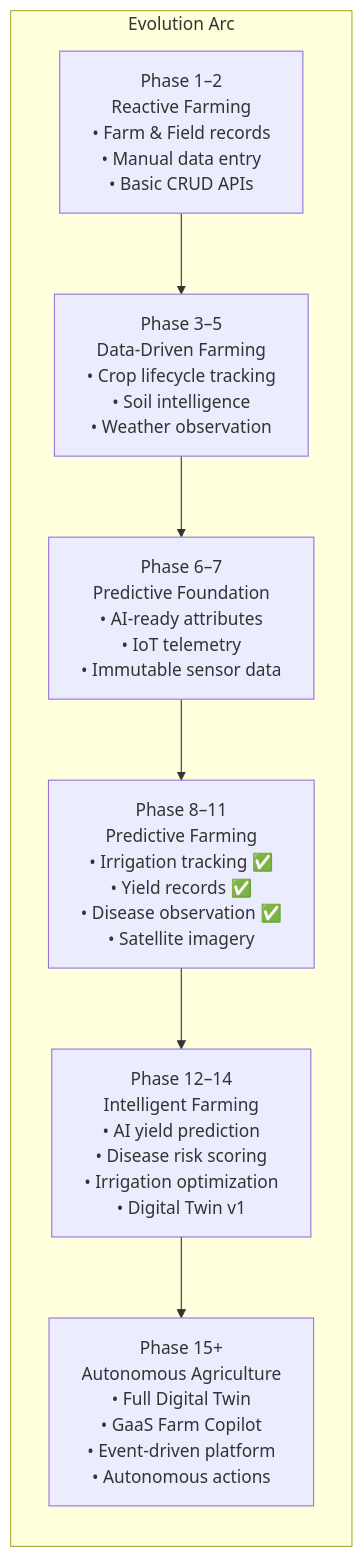
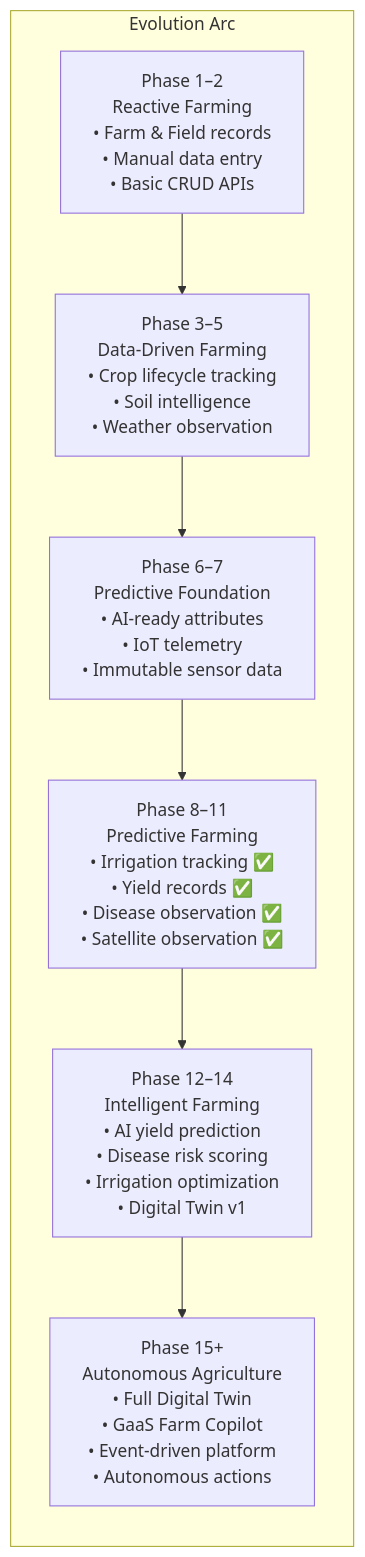
Before and after one commit to santoshnarayanan/AGRIFLOW-AI: diagram 19 of 19 in docs/09-architecture-diagrams.md, drawn with Mermaid. The commit also changed other lines of this file and 7 other files, not shown here.

````diff
--- a/docs/09-architecture-diagrams.md
+++ b/docs/09-architecture-diagrams.md
@@ -1361,13 +1447,13 @@
 ```mermaid
 graph LR
     subgraph "Evolution Arc"
         P1["Phase 1–2\nReactive Farming\n• Farm & Field records\n• Manual data entry\n• Basic CRUD APIs"]
         P2["Phase 3–5\nData-Driven Farming\n• Crop lifecycle tracking\n• Soil intelligence\n• Weather observation"]
         P3["Phase 6–7\nPredictive Foundation\n• AI-ready attributes\n• IoT telemetry\n• Immutable sensor data"]
-        P4["Phase 8–11\nPredictive Farming\n• Irrigation tracking ✅\n• Yield records ✅\n• Disease observation ✅\n• Satellite imagery"]
+        P4["Phase 8–11\nPredictive Farming\n• Irrigation tracking ✅\n• Yield records ✅\n• Disease observation ✅\n• Satellite observation ✅"]
         P5["Phase 12–14\nIntelligent Farming\n• AI yield prediction\n• Disease risk scoring\n• Irrigation optimization\n• Digital Twin v1"]
         P6["Phase 15+\nAutonomous Agriculture\n• Full Digital Twin\n• GaaS Farm Copilot\n• Event-driven platform\n• Autonomous actions"]
     end
 
     P1 --> P2 --> P3 --> P4 --> P5 --> P6
 ```
````
